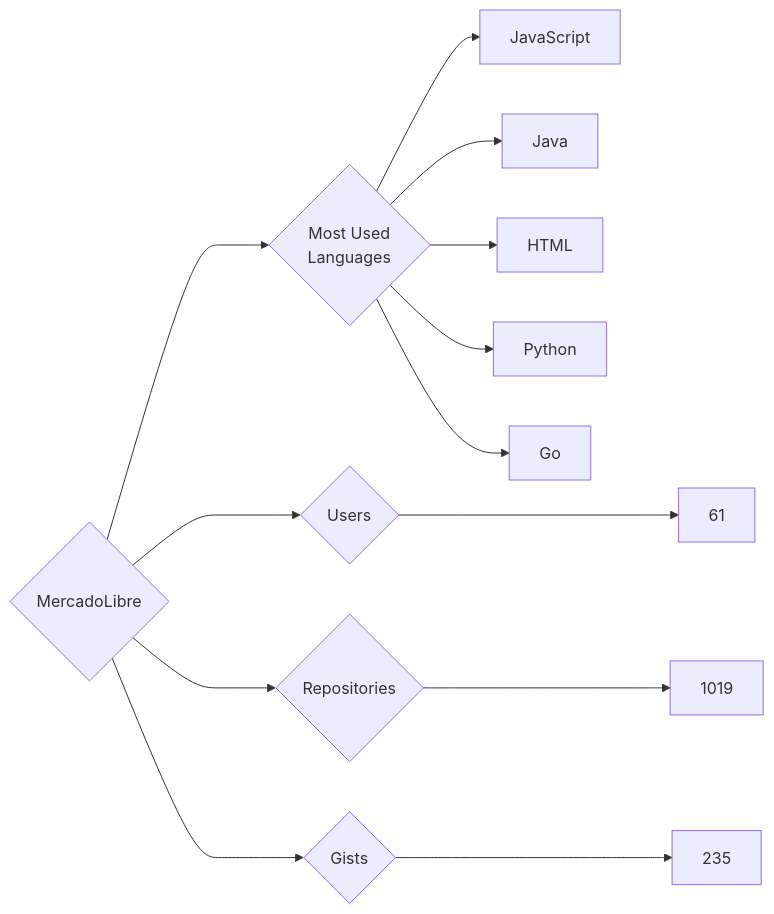
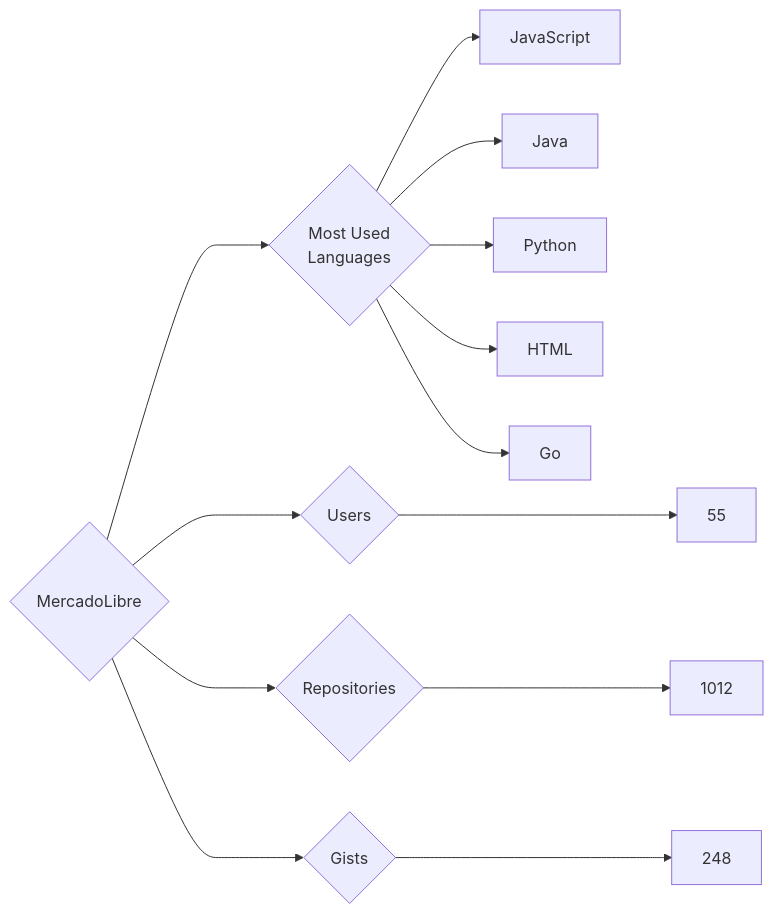
Before and after one commit to trickest/insiders: the diagram in targets/MercadoLibre/README.md, drawn with Mermaid. The commit also changed 969 other files, not shown here.

````diff
--- a/targets/MercadoLibre/README.md
+++ b/targets/MercadoLibre/README.md
@@ -3,13 +3,13 @@
 ```mermaid
 graph LR
 COMPANY_NAME{MercadoLibre}
-COMPANY_NAME ---> U{Users} ---> UN[61]
-COMPANY_NAME ---> R{Repositories} ---> RN[1019]
-COMPANY_NAME ---> G{Gists} ---> GN[235]
+COMPANY_NAME ---> U{Users} ---> UN[55]
+COMPANY_NAME ---> R{Repositories} ---> RN[1012]
+COMPANY_NAME ---> G{Gists} ---> GN[248]
 COMPANY_NAME ---> ML{Most Used<br>Languages}
 ML --> JavaScript[JavaScript]
 ML --> Java[Java]
+ML --> Python[Python]
 ML --> HTML[HTML]
-ML --> Python[Python]
 ML --> Go[Go]
 ```
````
